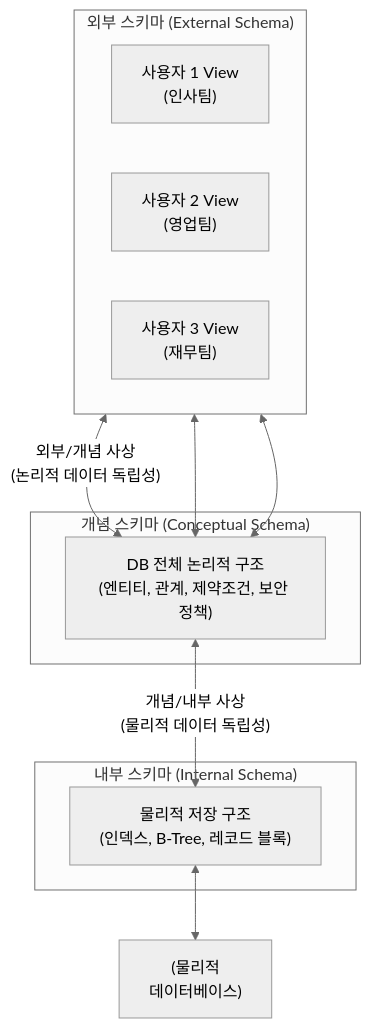
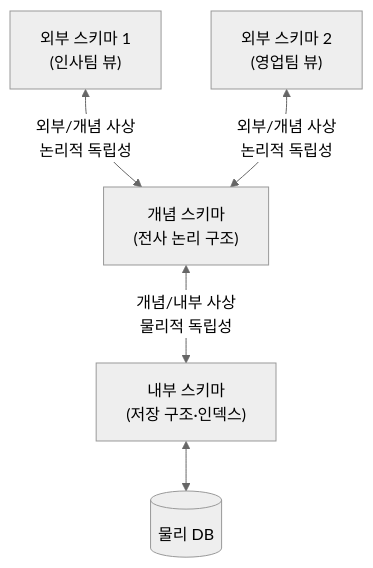
One commit to supremethumb/supremethumb.github.io changed the diagram in content/01_IT Tech/스키마.md. Above: the diagram before and after it, drawn with Mermaid (neutral theme). The commit also changed other lines of this file and 1087 other files, not shown here.

````diff
--- a/content/01_IT Tech/스키마.md
+++ b/content/01_IT Tech/스키마.md
@@ -27,28 +34,6 @@
 ```mermaid
 flowchart TB
-    subgraph External["외부 스키마 (External Schema)"]
-        direction LR
-        V1["사용자 1 View<br/>(인사팀)"]
-        V2["사용자 2 View<br/>(영업팀)"]
-        V3["사용자 3 View<br/>(재무팀)"]
-    end
-
-    subgraph Conceptual["개념 스키마 (Conceptual Schema)"]
-        C["DB 전체 논리적 구조<br/>(엔티티, 관계, 제약조건, 보안 정책)"]
-    end
-
-    subgraph Internal["내부 스키마 (Internal Schema)"]
-        I["물리적 저장 구조<br/>(인덱스, B-Tree, 레코드 블록)"]
-    end
-
-    DB["(물리적<br/>데이터베이스)"]
-
-    V1 <-->|"외부/개념 사상<br/>(논리적 데이터 독립성)"| C
-    V2 <--> C
-    V3 <--> C
-
-    C <-->|"개념/내부 사상<br/>(물리적 데이터 독립성)"| I
-    I <--> DB
-
-
+    E1["외부 스키마 1<br/>(인사팀 뷰)"] & E2["외부 스키마 2<br/>(영업팀 뷰)"] <-->|"외부/개념 사상<br/>논리적 독립성"| C["개념 스키마<br/>(전사 논리 구조)"]
+    C <-->|"개념/내부 사상<br/>물리적 독립성"| I["내부 스키마<br/>(저장 구조·인덱스)"]
+    I <--> DB[("물리 DB")]
 ```
````
